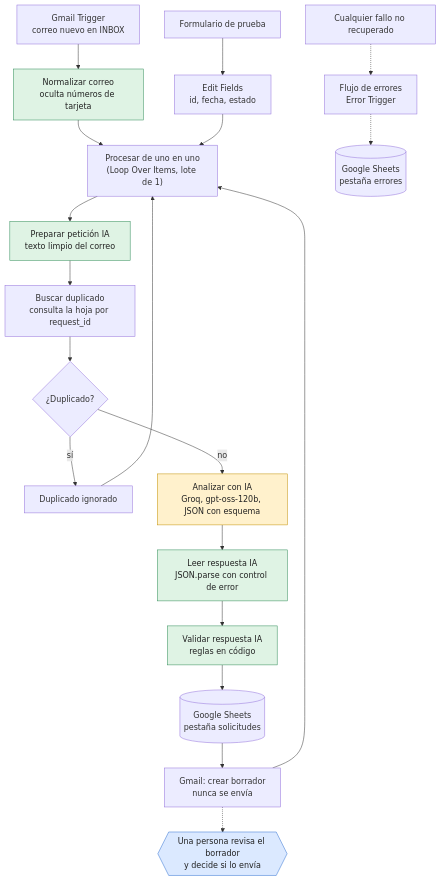
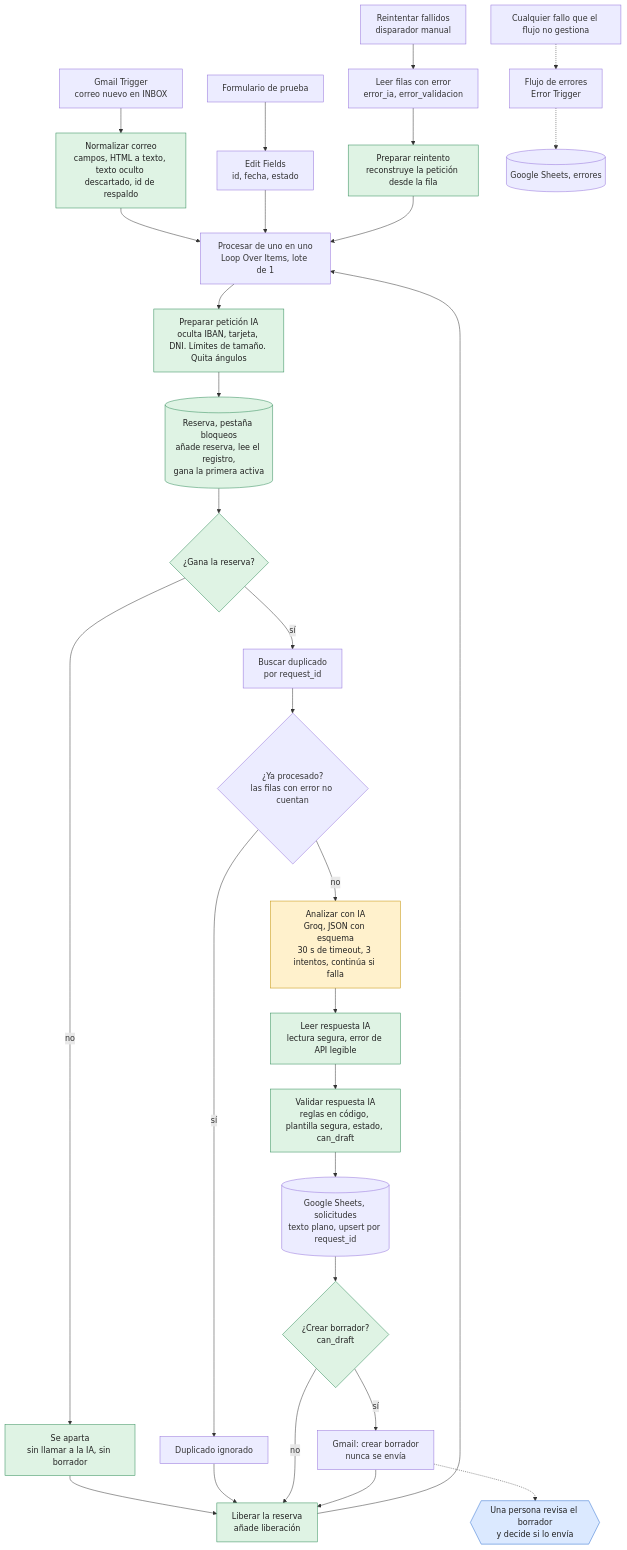
Before and after one commit to lararaul439-ctrl/leadflow-ai: the diagram in docs/arquitectura.md, drawn with Mermaid. The commit also changed other lines of this file and 34 other files, not shown here.

````diff
--- a/docs/arquitectura.md
+++ b/docs/arquitectura.md
@@ -7,29 +7,41 @@
 ```mermaid
 flowchart TB
-    GT["Gmail Trigger<br/>correo nuevo en INBOX"] --> NC["Normalizar correo<br/>oculta números de tarjeta"]
+    GT["Gmail Trigger<br/>correo nuevo en INBOX"] --> NC["Normalizar correo<br/>campos, HTML a texto, texto oculto descartado, id de respaldo"]
     FM["Formulario de prueba"] --> EF["Edit Fields<br/>id, fecha, estado"]
-    NC --> BU["Procesar de uno en uno<br/>(Loop Over Items, lote de 1)"]
+    RT["Reintentar fallidos<br/>disparador manual"] --> RD["Leer filas con error<br/>error_ia, error_validacion"]
+    RD --> PR["Preparar reintento<br/>reconstruye la petición desde la fila"]
+
+    NC --> BU
     EF --> BU
-    BU --> PP["Preparar petición IA<br/>texto limpio del correo"]
-    PP --> BD["Buscar duplicado<br/>consulta la hoja por request_id"]
-    BD --> DUP{"¿Duplicado?"}
+    PR --> BU
+
+    BU["Procesar de uno en uno<br/>Loop Over Items, lote de 1"] --> PP["Preparar petición IA<br/>oculta IBAN, tarjeta, DNI. Límites de tamaño. Quita ángulos"]
+    PP --> CL[("Reserva, pestaña bloqueos<br/>añade reserva, lee el registro,<br/>gana la primera activa")]
+    CL --> WIN{"¿Gana la reserva?"}
+    WIN -- "no" --> LOST["Se aparta<br/>sin llamar a la IA, sin borrador"]
+    WIN -- "sí" --> BD["Buscar duplicado<br/>por request_id"]
+    BD --> DUP{"¿Ya procesado?<br/>las filas con error no cuentan"}
     DUP -- "sí" --> IG["Duplicado ignorado"]
-    IG --> BU
-    DUP -- "no" --> IA["Analizar con IA<br/>Groq, gpt-oss-120b, JSON con esquema"]
-    IA --> LR["Leer respuesta IA<br/>JSON.parse con control de error"]
-    LR --> VR["Validar respuesta IA<br/>reglas en código"]
-    VR --> SH[("Google Sheets<br/>pestaña solicitudes")]
-    SH --> BR["Gmail: crear borrador<br/>nunca se envía"]
-    BR --> BU
+    DUP -- "no" --> IA["Analizar con IA<br/>Groq, JSON con esquema<br/>30 s de timeout, 3 intentos, continúa si falla"]
+    IA --> LR["Leer respuesta IA<br/>lectura segura, error de API legible"]
+    LR --> VR["Validar respuesta IA<br/>reglas en código, plantilla segura, estado, can_draft"]
+    VR --> SH[("Google Sheets, solicitudes<br/>texto plano, upsert por request_id")]
+    SH --> GATE{"¿Crear borrador?<br/>can_draft"}
+    GATE -- "sí" --> BR["Gmail: crear borrador<br/>nunca se envía"]
     BR -.-> HUM{{"Una persona revisa el borrador<br/>y decide si lo envía"}}
+    LOST --> REL
+    IG --> REL
+    GATE -- "no" --> REL
+    BR --> REL["Liberar la reserva<br/>añade liberación"]
+    REL --> BU
 
-    FALLO["Cualquier fallo no recuperado"] -.-> ER["Flujo de errores<br/>Error Trigger"]
-    ER -.-> SE[("Google Sheets<br/>pestaña errores")]
+    FALLO["Cualquier fallo que el flujo no gestiona"] -.-> ER["Flujo de errores<br/>Error Trigger"]
+    ER -.-> SE[("Google Sheets, errores")]
 
     classDef ia fill:#fff1cc,stroke:#c28f00,color:#222
     classDef codigo fill:#dff3e4,stroke:#2e8b57,color:#222
     classDef humano fill:#dbe9ff,stroke:#2f6fd0,color:#222
     class IA ia
-    class NC,PP,LR,VR codigo
+    class NC,PP,LR,VR,PR,GATE,WIN,CL,REL,LOST codigo
     class HUM humano
 ```
````
